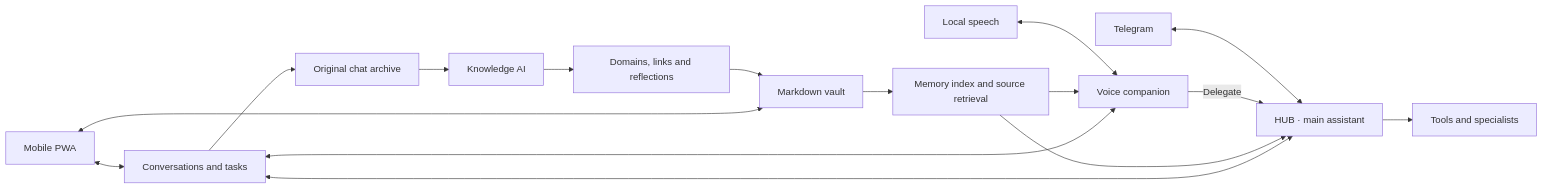
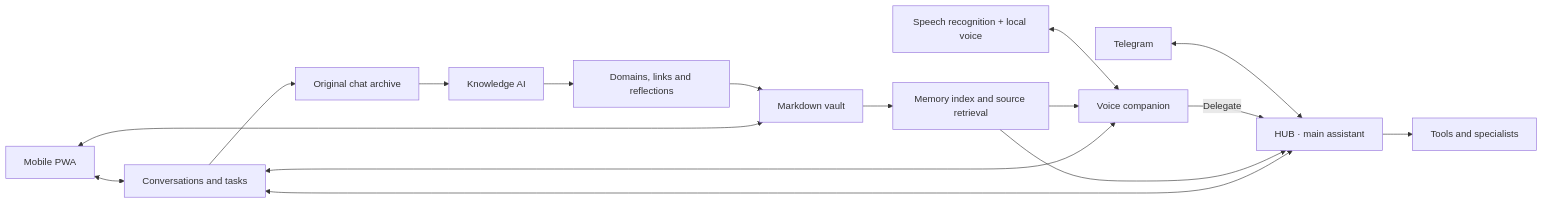
The diagram in README.md (mbaykam/HUB), drawn with Mermaid before and after one commit. The commit also changed other lines of this file and 33 other files, not shown here.

Commit message:
Add Soniox streaming speech with local background wake listening

````diff
--- a/README.md
+++ b/README.md
@@ -114,18 +114,18 @@
 ```mermaid
 flowchart LR
     PWA[Mobile PWA] <--> Sessions[Conversations and tasks]
     Telegram[Telegram] <--> HUB[HUB · main assistant]
-    Voice[Local speech] <--> Companion[Voice companion]
+    Voice[Speech recognition + local voice] <--> Companion[Voice companion]
     Companion -->|Delegate| HUB
     HUB <--> Sessions
     Companion <--> Sessions
     HUB --> Tools[Tools and specialists]
     Sessions --> Archive[Original chat archive]
     Archive --> Curator[Knowledge AI]
     Curator --> Links[Domains, links and reflections]
     Links --> Vault[Markdown vault]
     Vault --> Retrieval[Memory index and source retrieval]
     Retrieval --> HUB
     Retrieval --> Companion
     PWA <--> Vault
 ```
````
